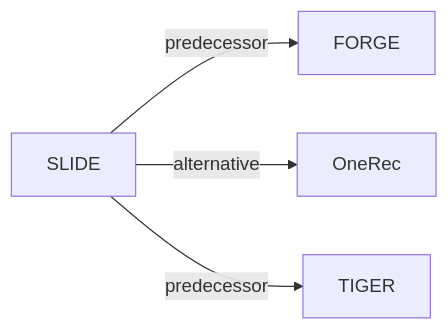
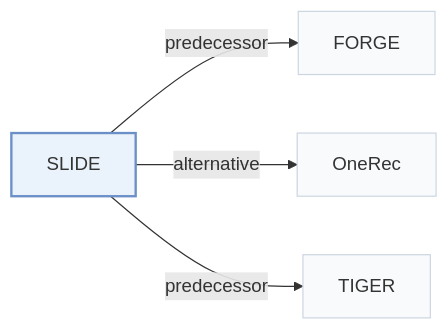
The second of 2 diagrams in pages/papers/slide.md (Galaxy-ghost/Awesome-SID-Generative-Rec), drawn with Mermaid before and after one commit. The commit also changed other lines of this file and 649 other files, not shown here.

Commit message:
writer-05: also tags and modality index (schema, check, build, visuals); summary field removed; calibration data for 12 papers

````diff
--- a/pages/papers/slide.md
+++ b/pages/papers/slide.md
@@ -69,7 +72,11 @@
 ```mermaid
 flowchart LR
     P["SLIDE"]
-    P -->|predecessor| A["FORGE"]
-    P -->|alternative| B["OneRec"]
-    P -->|predecessor| C["TIGER"]
+    P -->|"predecessor"| A["FORGE"]
+    P -->|"alternative"| B["OneRec"]
+    P -->|"predecessor"| C["TIGER"]
+    classDef main fill:#eaf2fb,stroke:#6b8fc7,stroke-width:2px
+    classDef peer fill:#f8fafc,stroke:#cbd5e1
+    class P main
+    class A,B,C peer
 ```
````
